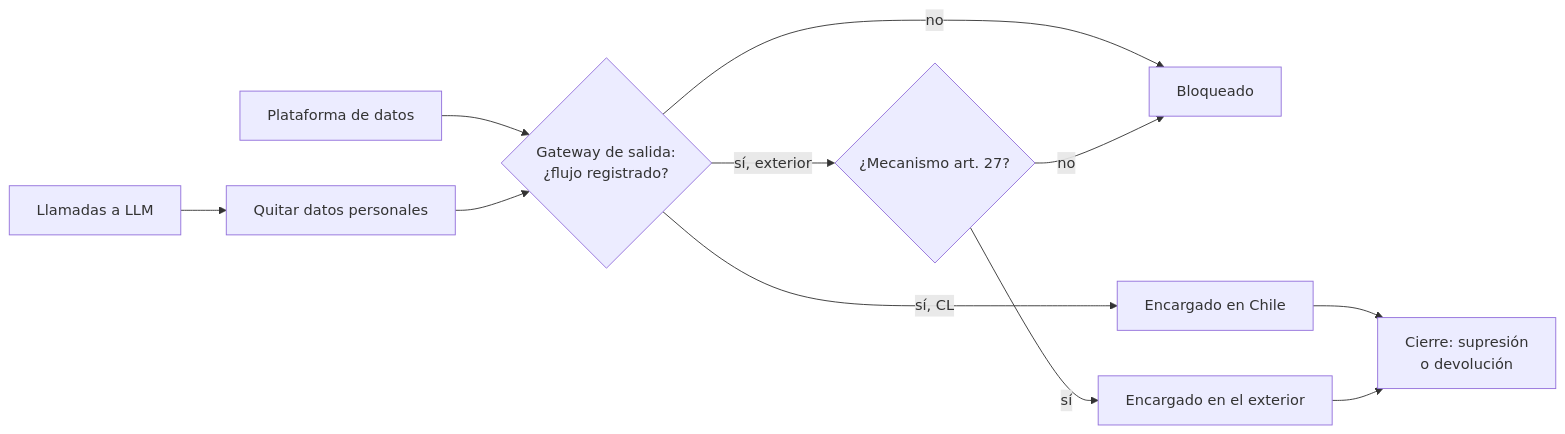
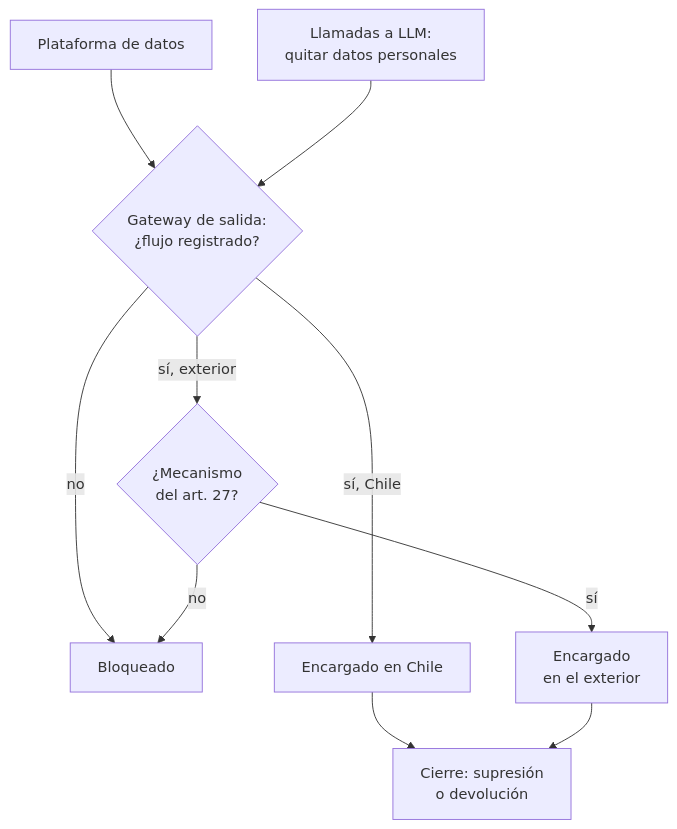
The diagram in content/concepts/processors-and-international-transfers.md (fcp4891/de-knowledge-hub), drawn with Mermaid before and after one commit. The commit also changed other lines of this file and 20 other files, not shown here.

First line of the commit message:
§9 con el estándar de diagramas: 21 diagramas sobre 8 nodos o 10 aristas, rehechos

````diff
--- a/content/concepts/processors-and-international-transfers.md
+++ b/content/concepts/processors-and-international-transfers.md
@@ -132,11 +132,12 @@
 ```mermaid
-flowchart LR
+flowchart TB
   P["Plataforma de datos"] --> GW{"Gateway de salida:<br/>¿flujo registrado?"}
+  LLM["Llamadas a LLM:<br/>quitar datos personales"] --> GW
   GW -- "no" --> X["Bloqueado"]
-  GW -- "sí, CL" --> C["Encargado en Chile"]
-  GW -- "sí, exterior" --> M{"¿Mecanismo art. 27?"}
-  M -- "sí" --> E["Encargado en el exterior"]
+  GW -- "sí, Chile" --> C["Encargado en Chile"]
+  GW -- "sí, exterior" --> M{"¿Mecanismo<br/>del art. 27?"}
+  M -- "sí" --> E["Encargado<br/>en el exterior"]
   M -- "no" --> X
-  LLM["Llamadas a LLM"] --> RD["Quitar datos personales"] --> GW
-  C & E --> F["Cierre: supresión<br/>o devolución"]
+  C --> F["Cierre: supresión<br/>o devolución"]
+  E --> F
 ```
````
